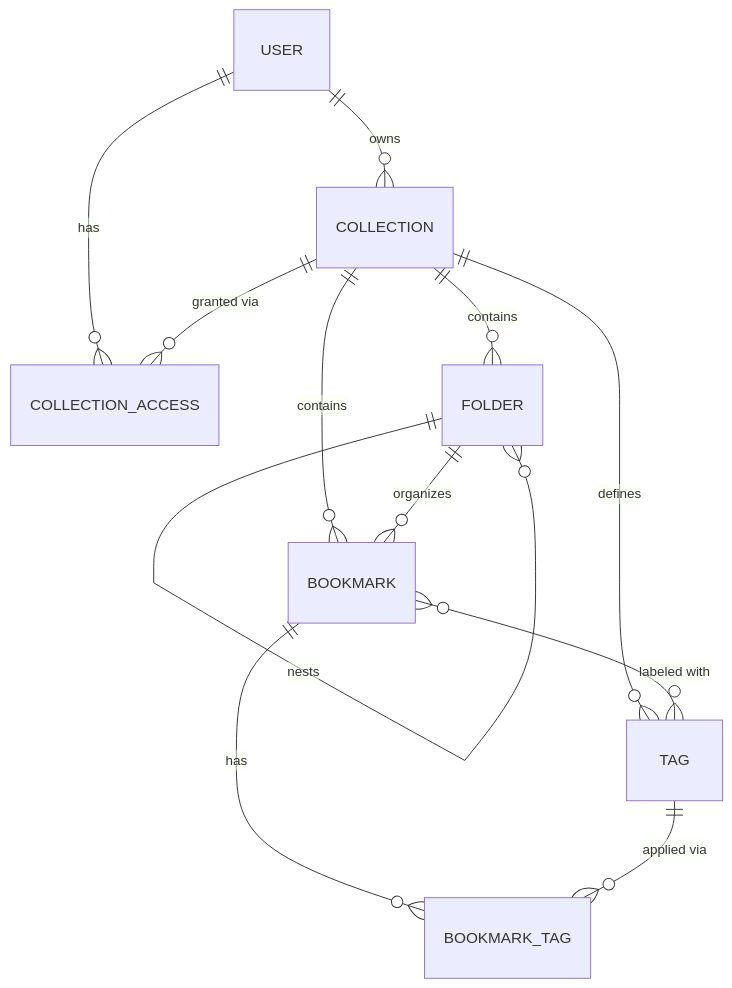
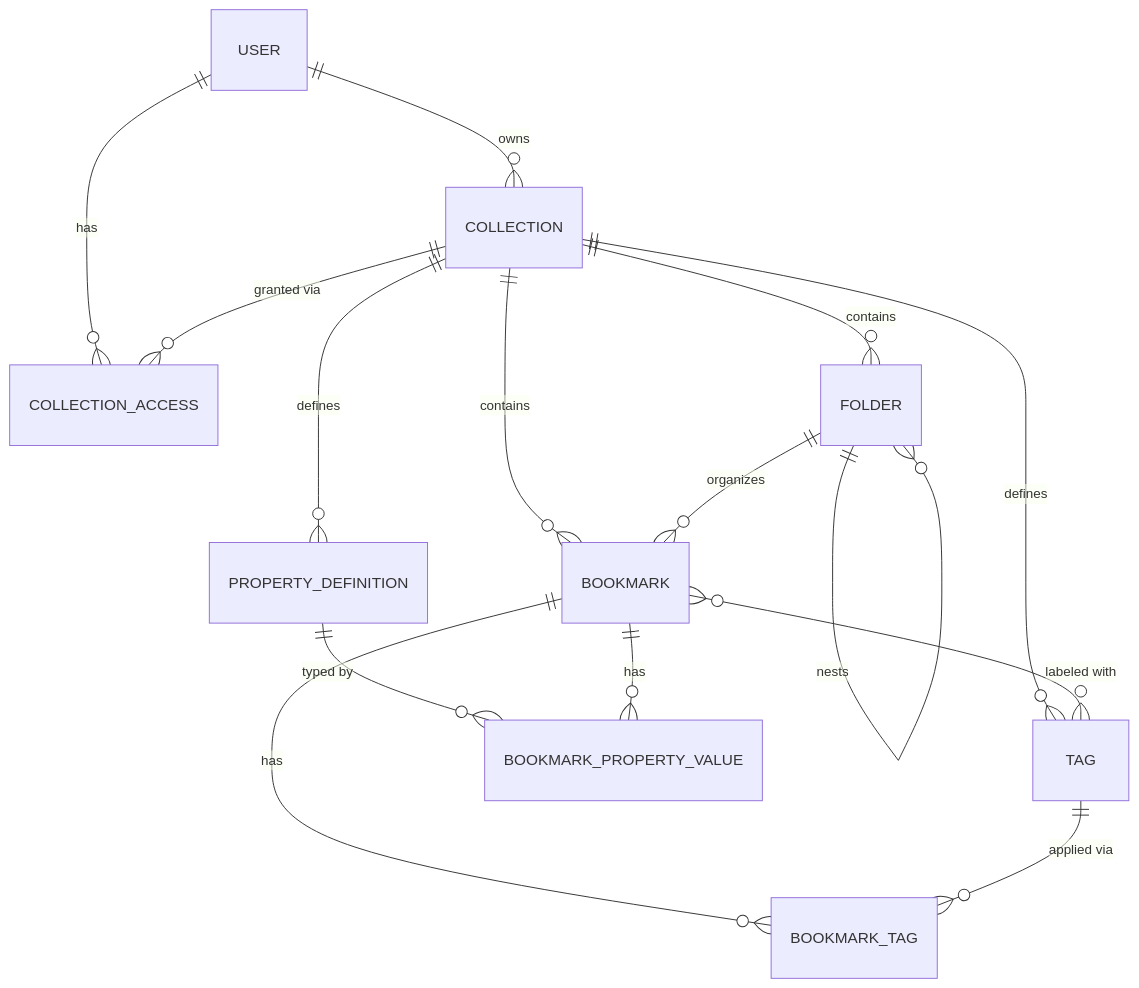
The diagram in docs/entity_model.md (linkweave/linkweave), drawn with Mermaid before and after one commit. The commit also changed other lines of this file and 35 other files, not shown here.

````diff
--- a/docs/entity_model.md
+++ b/docs/entity_model.md
@@ -11,14 +11,17 @@
 ```mermaid
-erDiagram
+    erDiagram
     USER ||--o{ COLLECTION : "owns"
     USER ||--o{ COLLECTION_ACCESS : "has"
     COLLECTION ||--o{ COLLECTION_ACCESS : "granted via"
     COLLECTION ||--o{ BOOKMARK : "contains"
     COLLECTION ||--o{ FOLDER : "contains"
     COLLECTION ||--o{ TAG : "defines"
+    COLLECTION ||--o{ PROPERTY_DEFINITION : "defines"
+    PROPERTY_DEFINITION ||--o{ BOOKMARK_PROPERTY_VALUE : "typed by"
     FOLDER ||--o{ BOOKMARK : "organizes"
     FOLDER ||--o{ FOLDER : "nests"
     BOOKMARK }o--o{ TAG : "labeled with"
     BOOKMARK ||--o{ BOOKMARK_TAG : "has"
+    BOOKMARK ||--o{ BOOKMARK_PROPERTY_VALUE : "has"
     TAG ||--o{ BOOKMARK_TAG : "applied via"
 ```
````
